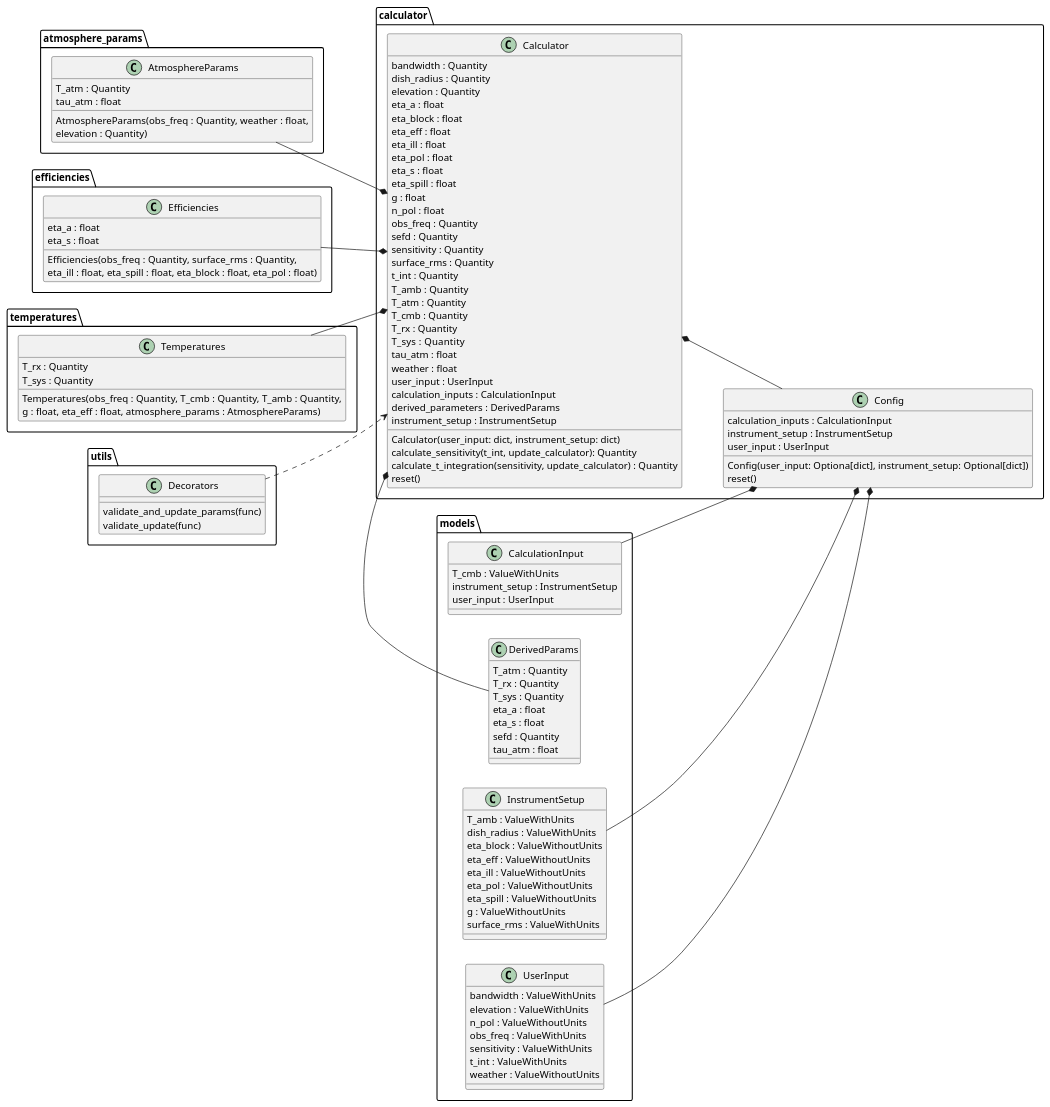
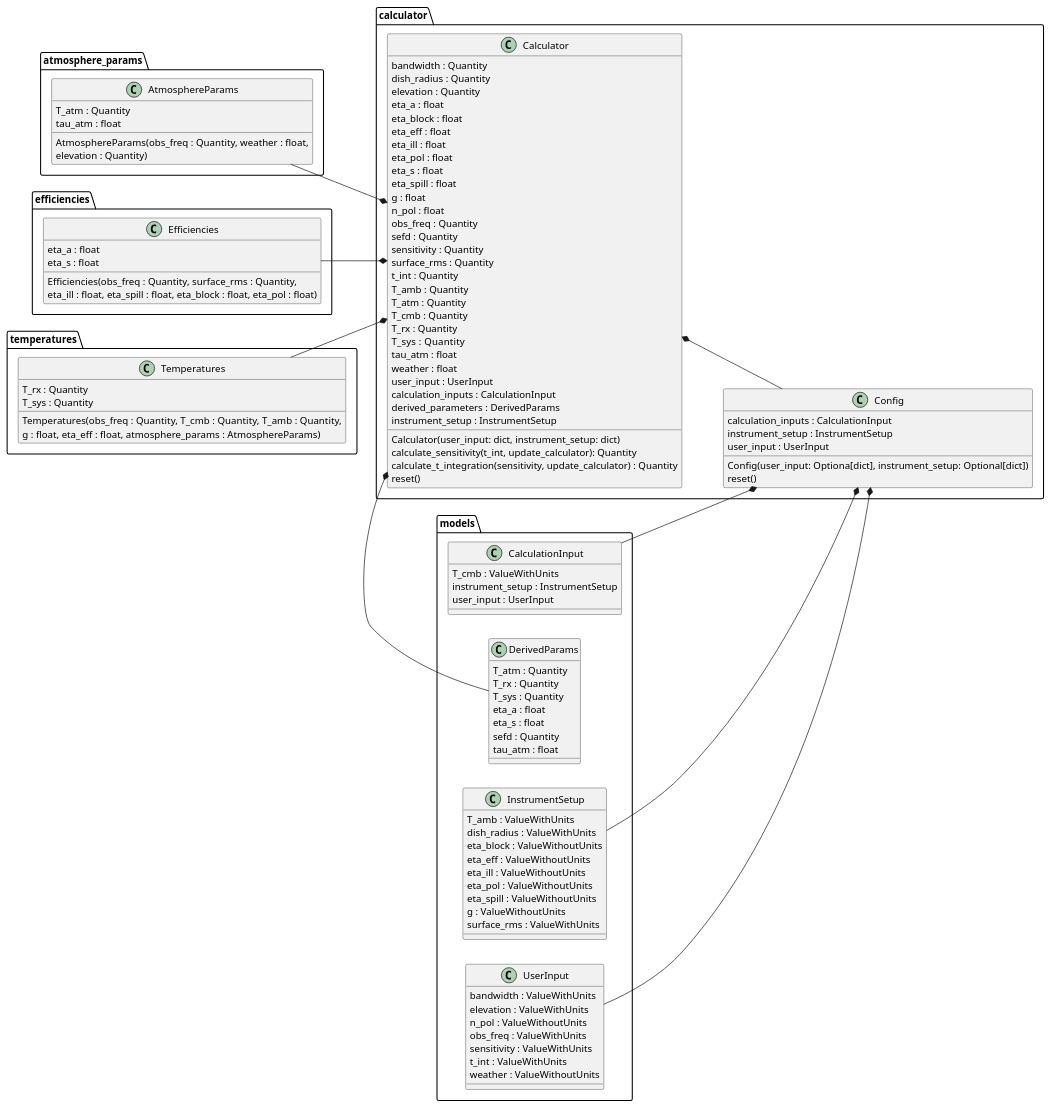
One commit to ukatc/AtLAST_sensitivity_calculator changed the diagram in docs/source/code_docs/calculator_uml.rst. Above: the diagram before and after it, drawn with PlantUML.

Commit message:
Move Config into calculator module

```diff
--- a/docs/source/code_docs/calculator_uml.rst
+++ b/docs/source/code_docs/calculator_uml.rst
@@ -101,14 +101,9 @@
       t_int : ValueWithUnits
       weather : ValueWithoutUnits
     }
-    class "Decorators" as utils.Decorators {
-      validate_and_update_params(func)
-      validate_update(func)
-    }
     efficiencies.Efficiencies --* calculator.Calculator
     temperatures.Temperatures --* calculator.Calculator
     atmosphere_params.AtmosphereParams --* calculator.Calculator
-    utils.Decorators ..> calculator.Calculator
     models.CalculationInput --* calculator.Config
     models.InstrumentSetup --* calculator.Config
     models.UserInput --* calculator.Config
```
